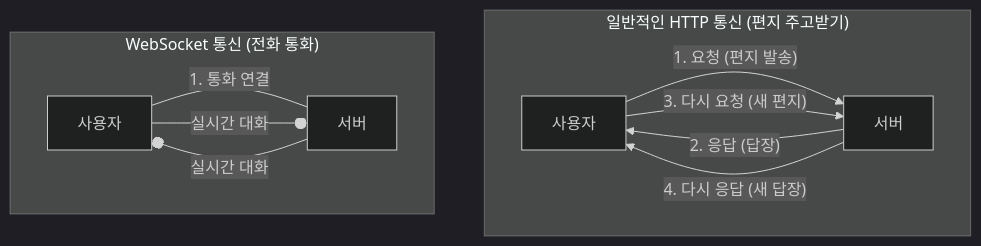
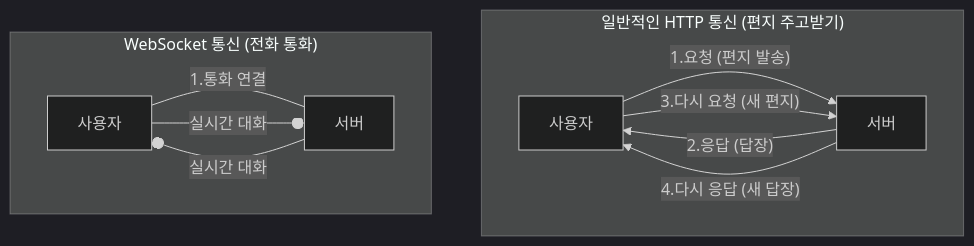
Before and after one commit to SKNETWORKS-FAMILY-AICAMP/SKN10-FINAL-1Team: the first of 2 diagrams in docs/03_실시간_ai_통신_게이트웨이__fastapi___websocket__.md, drawn with Mermaid (dark theme). The commit also changed other lines of this file and 13 other files, not shown here.

````diff
--- a/docs/03_실시간_ai_통신_게이트웨이__fastapi___websocket__.md
+++ b/docs/03_실시간_ai_통신_게이트웨이__fastapi___websocket__.md
@@ -29,15 +29,15 @@
 ```mermaid
 graph TD
     subgraph "일반적인 HTTP 통신 (편지 주고받기)"
-        A[사용자] -- 1. 요청 (편지 발송) --> B[서버]
-        B -- 2. 응답 (답장) --> A
-        A -- 3. 다시 요청 (새 편지) --> B
-        B -- 4. 다시 응답 (새 답장) --> A
+        A[사용자] -- 1.요청 (편지 발송) --> B[서버]
+        B -- 2.응답 (답장) --> A
+        A -- 3.다시 요청 (새 편지) --> B
+        B -- 4.다시 응답 (새 답장) --> A
     end
 
     subgraph "WebSocket 통신 (전화 통화)"
-        C[사용자] -- "1. 통화 연결" --- D[서버]
+        C[사용자] -- "1.통화 연결" --- D[서버]
         C -- "실시간 대화" --o D
         D -- "실시간 대화" --o C
     end
 ```
````
